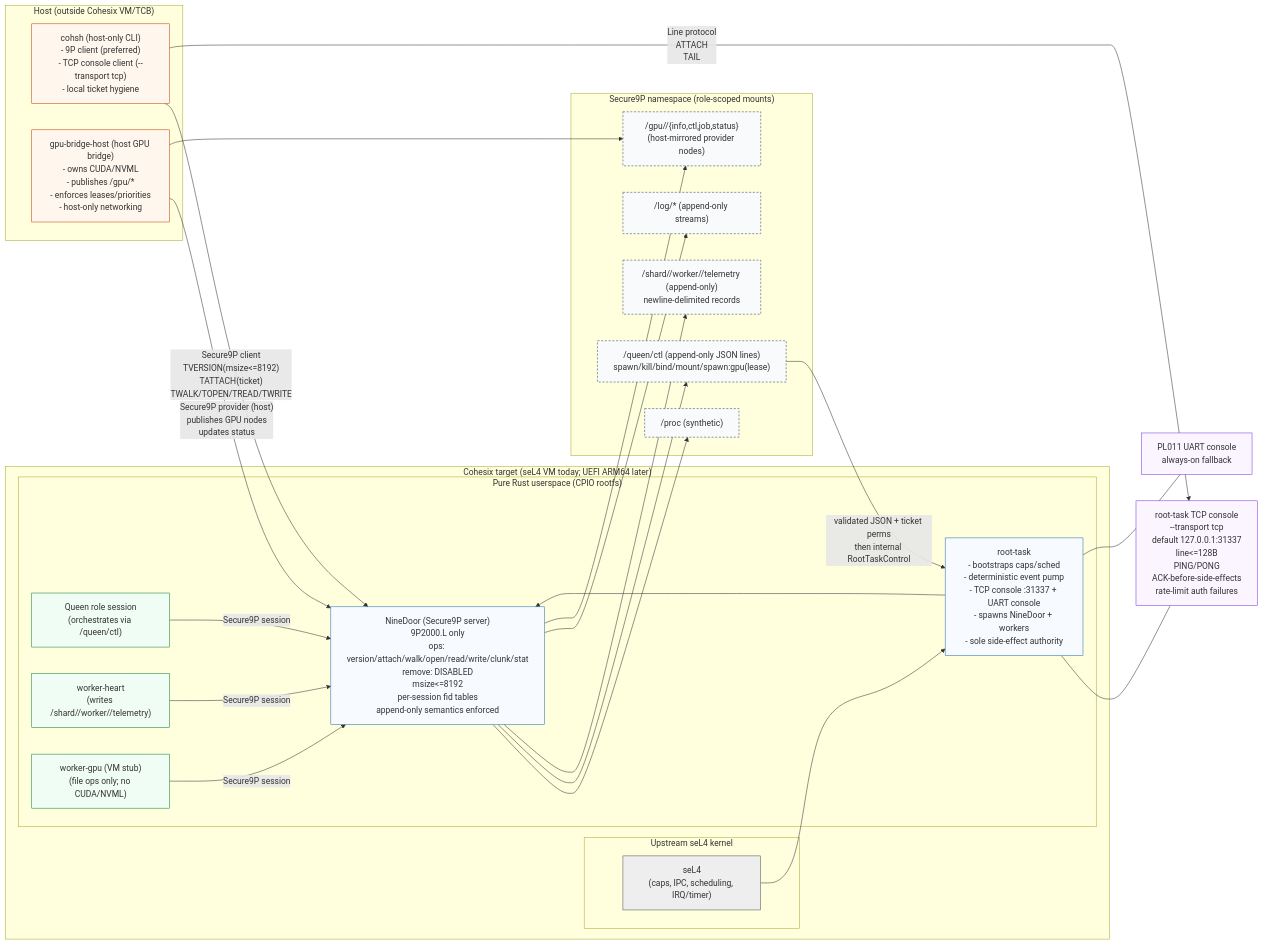
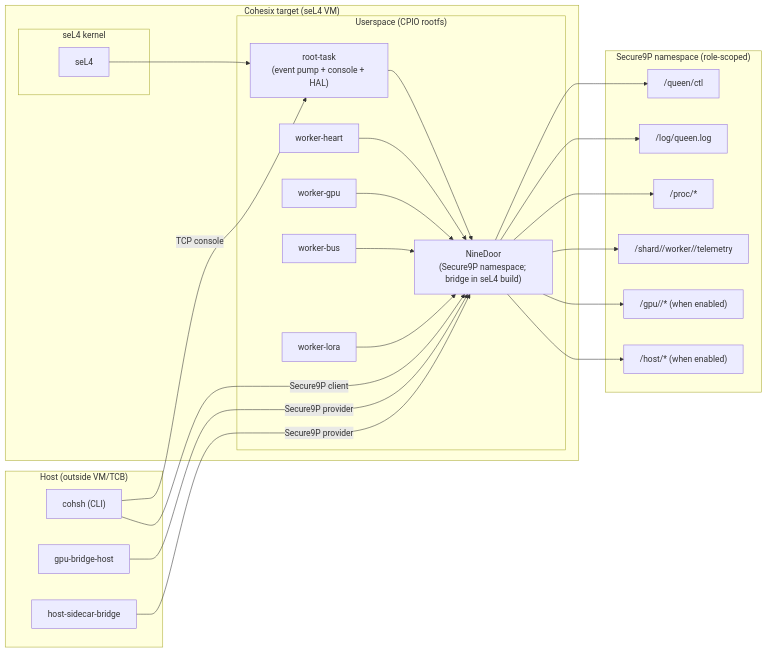
One commit to lukeb-aidev/cohesix changed the first of 2 diagrams in docs/ARCHITECTURE.md. Above: the diagram before and after it, drawn with Mermaid. The commit also changed other lines of this file, not shown here.

Commit message:
docs: rewrite ARCHITECTURE.md (as-built, boundary-first)

````diff
--- a/docs/ARCHITECTURE.md
+++ b/docs/ARCHITECTURE.md
@@ -9,88 +117,49 @@
 ```mermaid
 flowchart LR
-
-  %% =========================
-  %% Host side (outside VM/TCB)
-  %% =========================
-  subgraph HOST["Host (outside Cohesix VM/TCB)"]
-    COHSH["cohsh (host-only CLI)<br/>- 9P client (preferred)<br/>- TCP console client (--transport tcp)<br/>- local ticket hygiene"]:::host
-    GPUB["gpu-bridge-host (host GPU bridge)<br/>- owns CUDA/NVML<br/>- publishes /gpu/*<br/>- enforces leases/priorities<br/>- host-only networking"]:::host
+  subgraph Host["Host (outside VM/TCB)"]
+    Cohsh["cohsh (CLI)"]
+    GPUB["gpu-bridge-host"]
+    HS["host-sidecar-bridge"]
   end
 
-  %% =========================
-  %% Cohesix target (VM)
-  %% =========================
-  subgraph VM["Cohesix target (seL4 VM today; UEFI ARM64 later)"]
-    subgraph K["Upstream seL4 kernel"]
-      SEL4["seL4<br/>(caps, IPC, scheduling, IRQ/timer)"]:::kernel
+  subgraph VM["Cohesix target (seL4 VM)"]
+    subgraph K["seL4 kernel"]
+      SEL4["seL4"]
     end
-
-    subgraph U["Pure Rust userspace (CPIO rootfs)"]
-      RT["root-task<br/>- bootstraps caps/sched<br/>- deterministic event pump<br/>- TCP console :31337 + UART console<br/>- spawns NineDoor + workers<br/>- sole side-effect authority"]:::vm
-
-      ND["NineDoor (Secure9P server)<br/>9P2000.L only<br/>ops: version/attach/walk/open/read/write/clunk/stat<br/>remove: DISABLED<br/>msize<=8192<br/>per-session fid tables<br/>append-only semantics enforced"]:::vm
-
-      Q["Queen role session<br/>(orchestrates via /queen/ctl)"]:::role
-      WH["worker-heart<br/>(writes /shard/<label>/worker/<id>/telemetry)"]:::role
-      WG["worker-gpu (VM stub)<br/>(file ops only; no CUDA/NVML)"]:::role
+    subgraph U["Userspace (CPIO rootfs)"]
+      RT["root-task\n(event pump + console + HAL)"]
+      ND["NineDoor\n(Secure9P namespace; bridge in seL4 build)"]
+      WH["worker-heart"]
+      WG["worker-gpu"]
+      WB["worker-bus"]
+      WL["worker-lora"]
     end
   end
 
-  %% =========================
-  %% Logical namespace (NineDoor)
-  %% =========================
-  subgraph NS["Secure9P namespace (role-scoped mounts)"]
-    PROC["/proc (synthetic)"]:::path
-    QUEEN["/queen/ctl (append-only JSON lines)<br/>spawn/kill/bind/mount/spawn:gpu(lease)"]:::path
-    WORK["/shard/<label>/worker/<id>/telemetry (append-only)<br/>newline-delimited records"]:::path
-    LOG["/log/* (append-only streams)"]:::path
-    GPU["/gpu/<id>/{info,ctl,job,status}<br/>(host-mirrored provider nodes)"]:::path
+  subgraph NS["Secure9P namespace (role-scoped)"]
+    QCTL["/queen/ctl"]
+    LOG["/log/queen.log"]
+    PROC["/proc/*"]
+    TEL["/shard/<label>/worker/<id>/telemetry"]
+    GPU["/gpu/<id>/* (when enabled)"]
+    HOST["/host/* (when enabled)"]
   end
 
-  %% =========================
-  %% Console surface (root-task)
-  %% =========================
-  TCP["root-task TCP console<br/>--transport tcp<br/>default 127.0.0.1:31337<br/>line<=128B<br/>PING/PONG<br/>ACK-before-side-effects<br/>rate-limit auth failures"]:::console
-  UART["PL011 UART console<br/>always-on fallback"]:::console
-
-  %% =========================
-  %% Wiring
-  %% =========================
   SEL4 --> RT
   RT --> ND
-  RT --- TCP
-  RT --- UART
+  WH --> ND
+  WG --> ND
+  WB --> ND
+  WL --> ND
+  ND --> QCTL
+  ND --> LOG
+  ND --> PROC
+  ND --> TEL
+  ND --> GPU
+  ND --> HOST
 
-  %% cohsh can use both transports
-  COHSH -->|"Secure9P client<br/>TVERSION(msize<=8192)<br/>TATTACH(ticket)<br/>TWALK/TOPEN/TREAD/TWRITE"| ND
-  COHSH -->|"Line protocol<br/>ATTACH <role> <ticket?><br/>TAIL <path><br/>PING/PONG"| TCP
-
-  %% In-VM roles use NineDoor only
-  Q -->|"Secure9P session"| ND
-  WH -->|"Secure9P session"| ND
-  WG -->|"Secure9P session"| ND
-
-  %% NineDoor publishes namespace
-  ND --> PROC
-  ND --> QUEEN
-  ND --> WORK
-  ND --> LOG
-  ND --> GPU
-
-  %% Queen control surface triggers validated internal actions
-  QUEEN -->|"validated JSON + ticket perms<br/>then internal RootTaskControl"| RT
-
-  %% GPU bridge publishes /gpu providers into NineDoor
-  GPUB -->|"Secure9P provider (host)<br/>publishes GPU nodes<br/>updates status"| ND
-  GPUB --> GPU
-
-  %% =========================
-  %% Styles (supported on GitHub Mermaid)
-  %% =========================
-  classDef kernel fill:#eeeeee,stroke:#555555,stroke-width:1px;
-  classDef vm fill:#f7fbff,stroke:#2b6cb0,stroke-width:1px;
-  classDef host fill:#fff7ed,stroke:#c2410c,stroke-width:1px;
-  classDef role fill:#f0fdf4,stroke:#15803d,stroke-width:1px;
-  classDef console fill:#faf5ff,stroke:#7c3aed,stroke-width:1px;
-  classDef path fill:#f8fafc,stroke:#334155,stroke-dasharray: 4 3;
+  Cohsh -->|"TCP console"| RT
+  Cohsh -->|"Secure9P client"| ND
+  GPUB -->|"Secure9P provider"| ND
+  HS -->|"Secure9P provider"| ND
 ```
````
